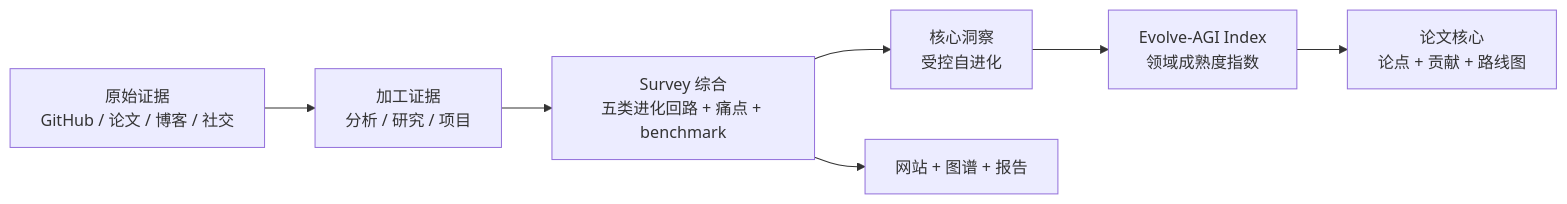
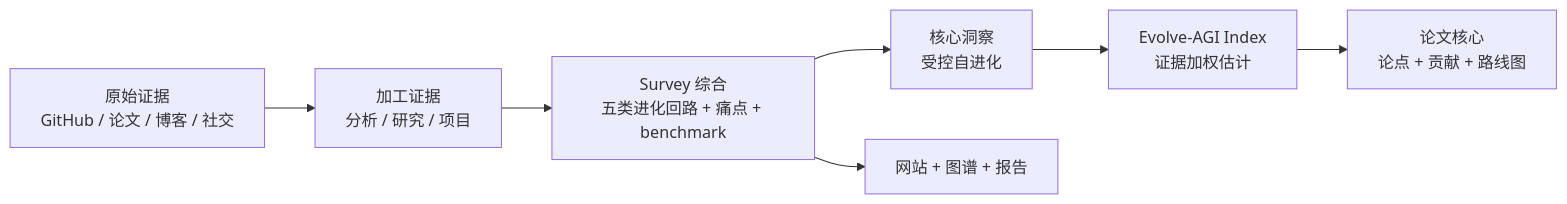
Before and after one commit to Shiyao-Huang/awesome-agent-evolution: the first of 2 diagrams in README.md, drawn with Mermaid. The commit also changed other lines of this file and 42 other files, not shown here.

````diff
--- a/README.md
+++ b/README.md
@@ -46,9 +49,9 @@
 ```mermaid
 flowchart LR
   RAW["原始证据<br/>GitHub / 论文 / 博客 / 社交"] --> PROC["加工证据<br/>分析 / 研究 / 项目"]
   PROC --> SURVEY["Survey 综合<br/>五类进化回路 + 痛点 + benchmark"]
   SURVEY --> SPARK["核心洞察<br/>受控自进化"]
-  SPARK --> EAI["Evolve-AGI Index<br/>领域成熟度指数"]
+  SPARK --> EAI["Evolve-AGI Index<br/>证据加权估计"]
   EAI --> PAPER["论文核心<br/>论点 + 贡献 + 路线图"]
   SURVEY --> SITE["网站 + 图谱 + 报告"]
 ```
````
